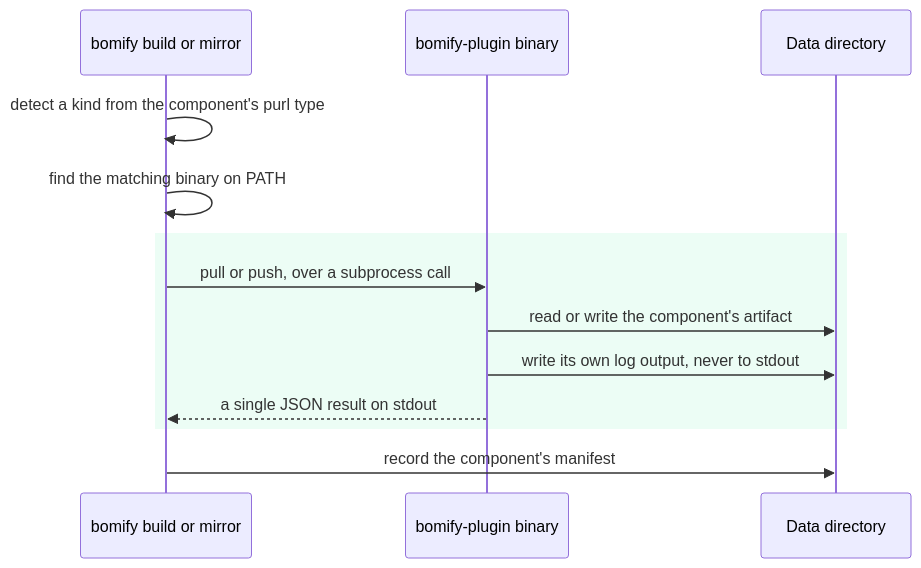
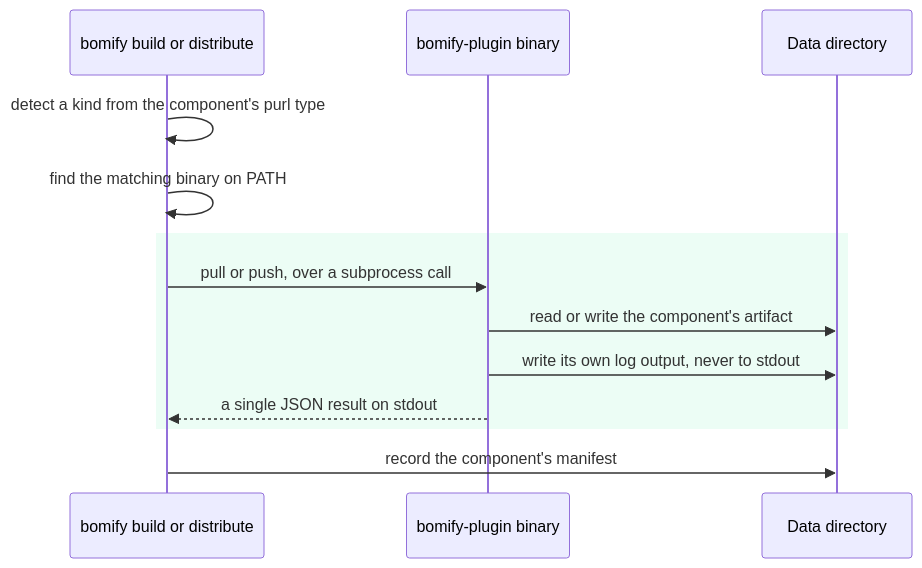
The diagram in docs/diagrams/plugin-dispatch.mmd (alejandro-velasco/bomify), drawn with Mermaid before and after one commit. The commit also changed 11 other files, not shown here.

First line of the commit message:
docs: update bomify command references and add distribute documentation

```diff
--- a/docs/diagrams/plugin-dispatch.mmd
+++ b/docs/diagrams/plugin-dispatch.mmd
@@ -1,14 +1,14 @@
 sequenceDiagram
-    participant CLI as bomify build or mirror
+    participant CLI as bomify build or distribute
     participant Plugin as bomify-plugin binary
     participant Disk as Data directory
 
     CLI->>CLI: detect a kind from the component's purl type
     CLI->>CLI: find the matching binary on PATH
     rect rgb(236, 253, 245)
         CLI->>Plugin: pull or push, over a subprocess call
         Plugin->>Disk: read or write the component's artifact
         Plugin->>Disk: write its own log output, never to stdout
         Plugin-->>CLI: a single JSON result on stdout
     end
     CLI->>Disk: record the component's manifest
```
